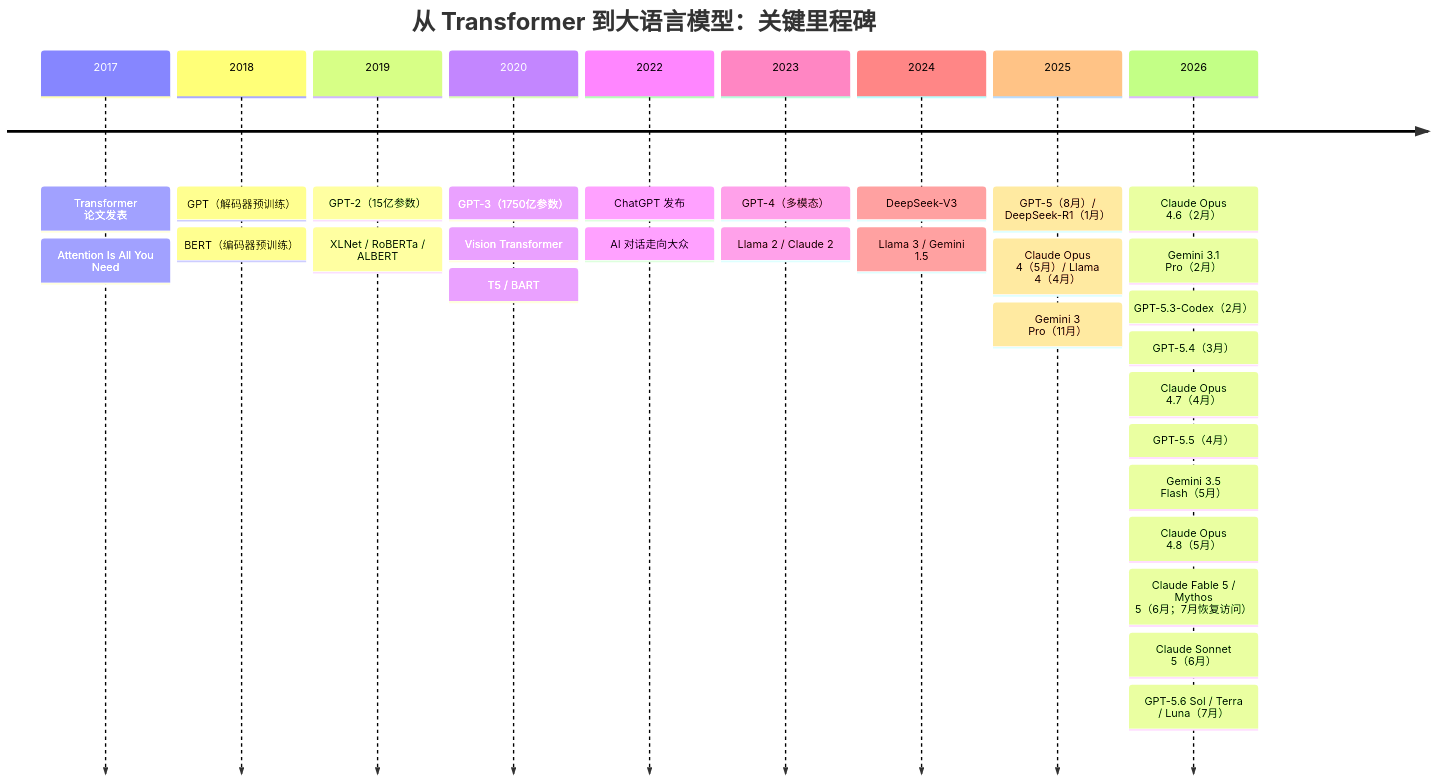
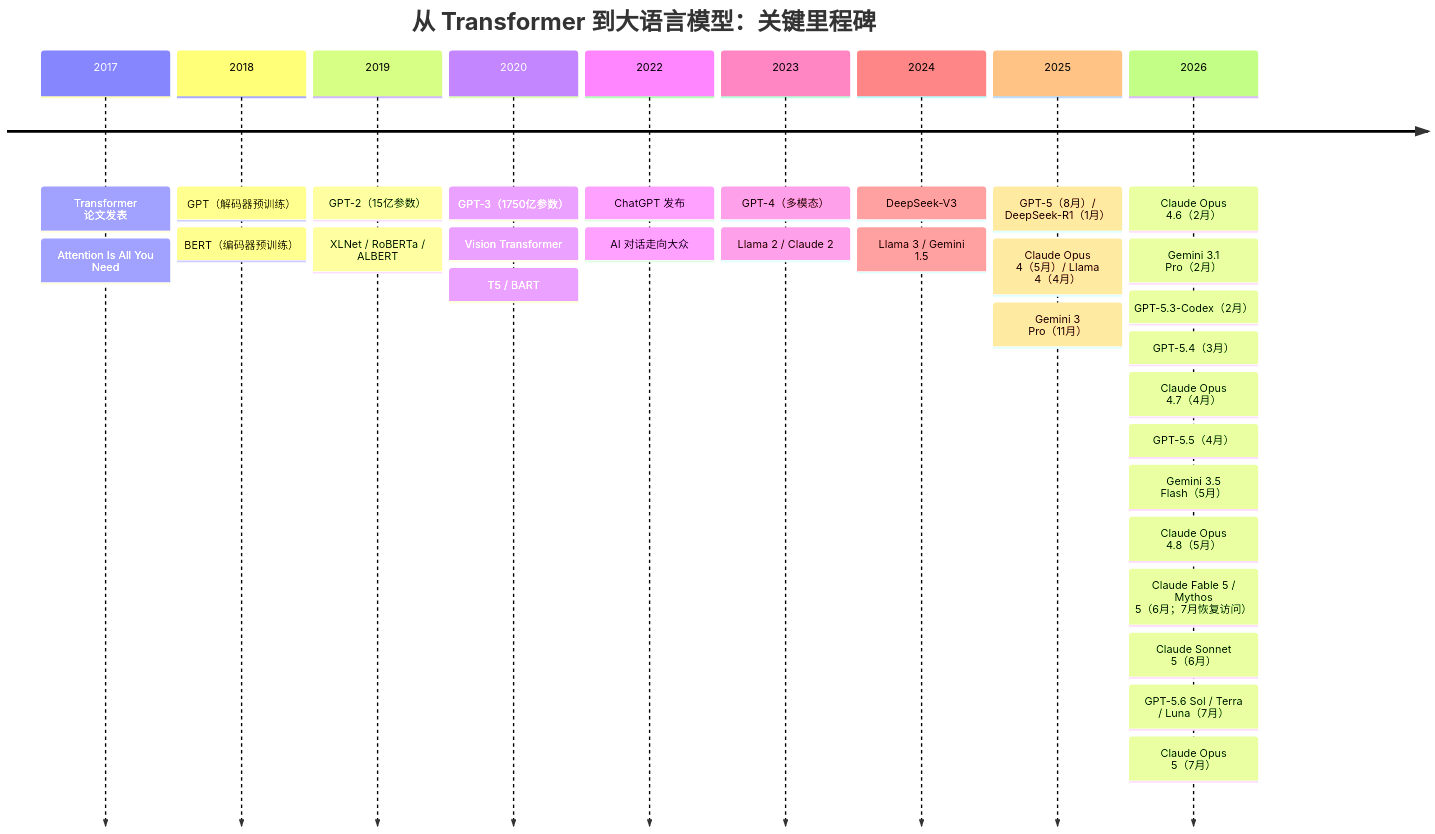
One commit to yeasy/llm_internals changed the diagram in 01_introduction/1.5_milestones.md. Above: the diagram before and after it, drawn with Mermaid. The commit also changed 2 other files, not shown here.

Commit message:
fix: 书里已经写着「由 Opus 5 接替」，却哪张表都没有 Opus 5
A.3 速查表第 38 行的 Opus 4.8 那格自己写着「2026-07 起由 Opus 5 接替，
官方模型页已列入 legacy」，A.5 快变事实核验表也记着「2026-07-24 发布
Claude Opus 5」——但速查表、1.5 的里程碑时间线、13.3.3 的 Claude 谱系
三处都停在 Sonnet 5（6 月 30 日），没有一处有 Opus 5。

同一轮更新里 OpenAI 那侧是齐的：GPT-5.5 那格同样写着「2026-07 起由
GPT-5.6 系列接替」，而 Sol/Terra/Luna 三行、时间线的「GPT-5.6（7月）」
都补上了。漏的只有 Anthropic 这一侧。

一手核实（platform.claude.com 官方 release notes 与模型页）：
Claude Opus 5 于 2026-07-24 发布，模型 ID `claude-opus-5`，1M 上下文、
128K 最大输出、thinking 默认开启，$5/$25；官方模型页的 Legacy models
折叠区现列 Opus 4.8/4.7/4.6、Sonnet 4.6/4.5、Opus 4.5。

补三处：A.3 表加一行、1.5 时间线 7 月加一条、13.3.3 谱系段落补一句。

````diff
--- a/01_introduction/1.5_milestones.md
+++ b/01_introduction/1.5_milestones.md
@@ -5,33 +5,34 @@
 ```mermaid
 timeline
     title 从 Transformer 到大语言模型：关键里程碑
     2017 : Transformer 论文发表
          : Attention Is All You Need
     2018 : GPT（解码器预训练）
          : BERT（编码器预训练）
     2019 : GPT-2（15亿参数）
          : XLNet / RoBERTa / ALBERT
     2020 : GPT-3（1750亿参数）
          : Vision Transformer
          : T5 / BART
     2022 : ChatGPT 发布
          : AI 对话走向大众
     2023 : GPT-4（多模态）
          : Llama 2 / Claude 2
     2024 : DeepSeek-V3
          : Llama 3 / Gemini 1.5
     2025 : GPT-5（8月）/ DeepSeek-R1（1月）
          : Claude Opus 4（5月）/ Llama 4（4月）
          : Gemini 3 Pro（11月）
     2026 : Claude Opus 4.6（2月）
          : Gemini 3.1 Pro（2月）
          : GPT-5.3-Codex（2月）
          : GPT-5.4（3月）
          : Claude Opus 4.7（4月）
          : GPT-5.5（4月）
          : Gemini 3.5 Flash（5月）
          : Claude Opus 4.8（5月）
          : Claude Fable 5 / Mythos 5（6月；7月恢复访问）
          : Claude Sonnet 5（6月）
          : GPT-5.6 Sol / Terra / Luna（7月）
+         : Claude Opus 5（7月）
 ```
````
